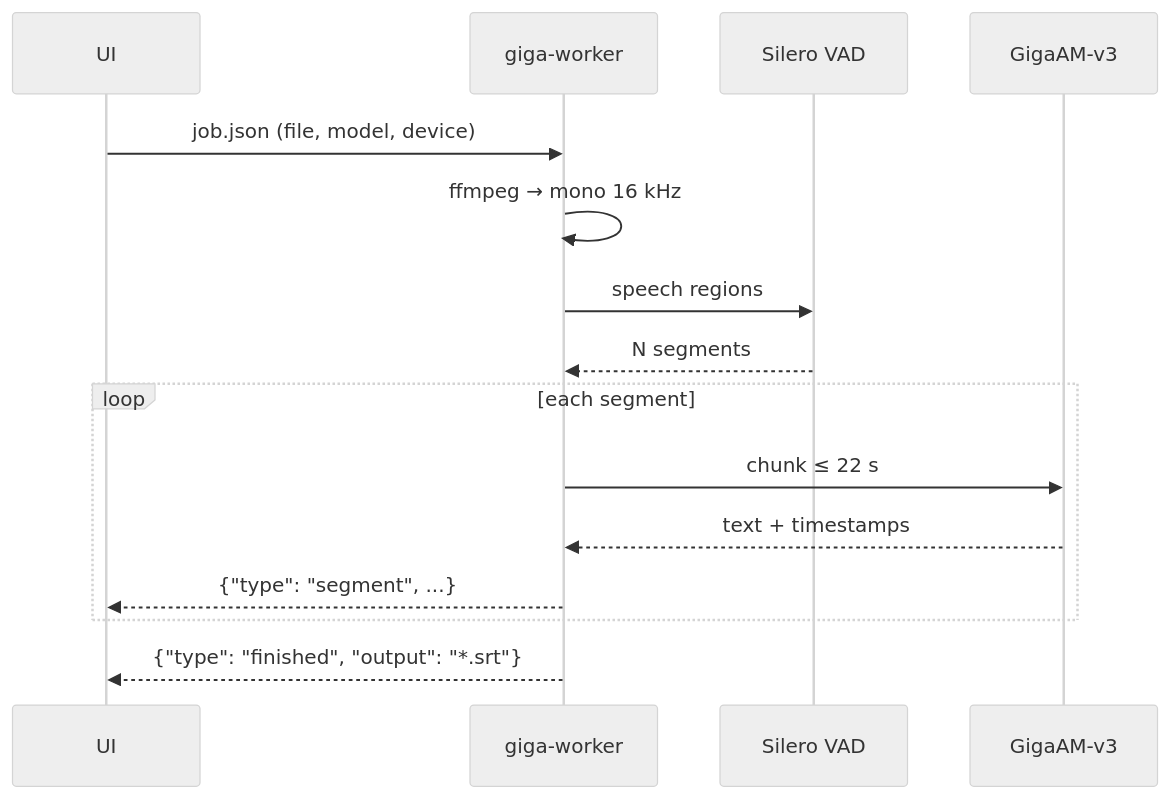
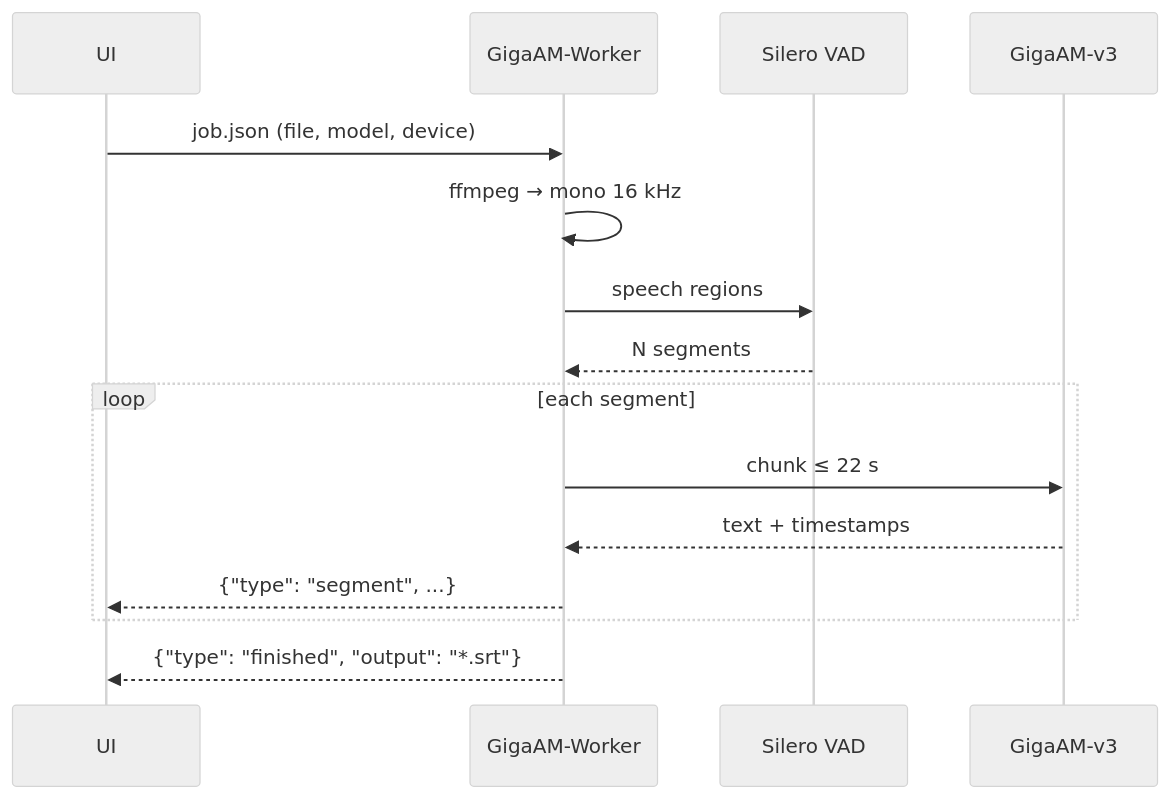
The second of 4 diagrams in README.md (kwexz/GigaAM-UI), drawn with Mermaid (neutral theme) before and after one commit. The commit also changed other lines of this file and 9 other files, not shown here.

Commit message:
Rename binaries to GigaAM-UI/Worker, launch-target tests, docs sync EN notes

````diff
--- a/README.md
+++ b/README.md
@@ -47,17 +51,17 @@
 ```mermaid
 sequenceDiagram
     participant U as UI
-    participant W as giga-worker
+    participant W as GigaAM-Worker
     participant V as Silero VAD
     participant G as GigaAM-v3
     U->>W: job.json (file, model, device)
     W->>W: ffmpeg → mono 16 kHz
     W->>V: speech regions
     V-->>W: N segments
     loop each segment
         W->>G: chunk ≤ 22 s
         G-->>W: text + timestamps
         W-->>U: {"type": "segment", ...}
     end
     W-->>U: {"type": "finished", "output": "*.srt"}
 ```
````
